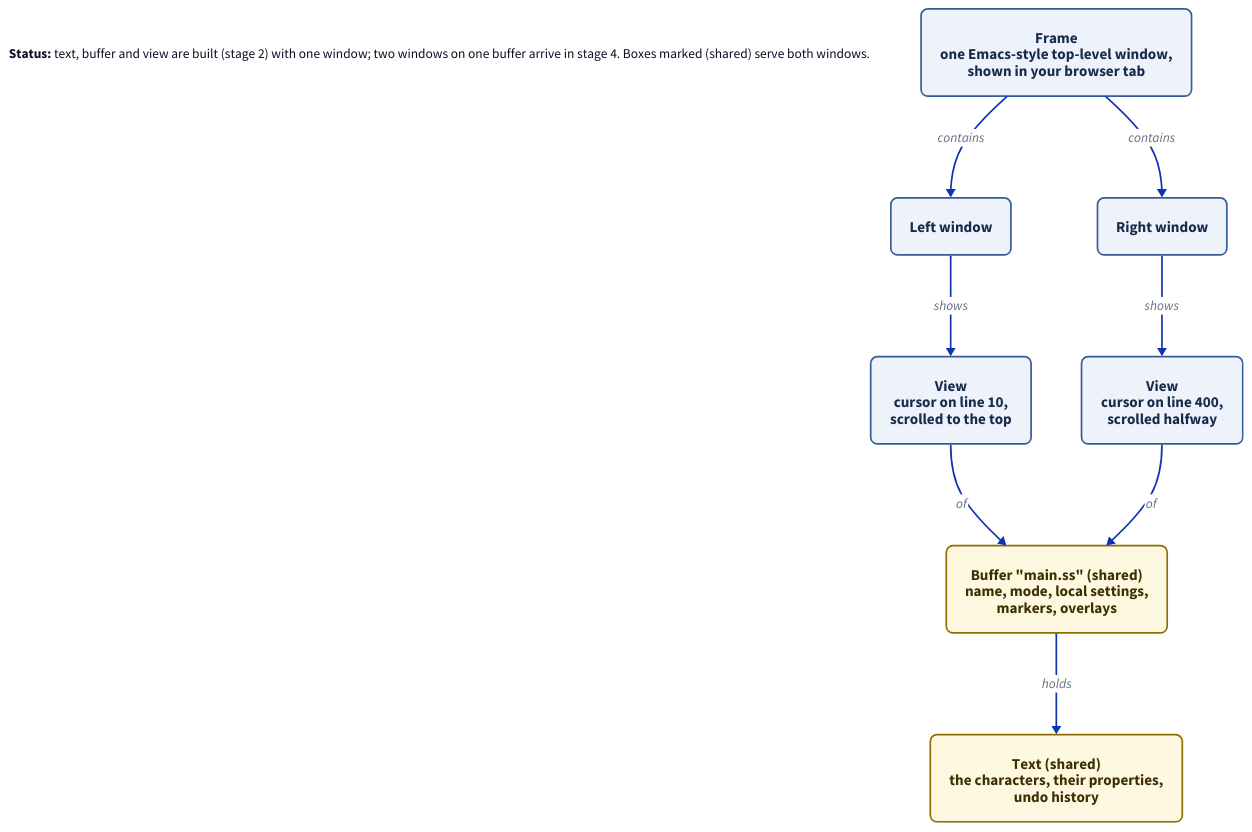
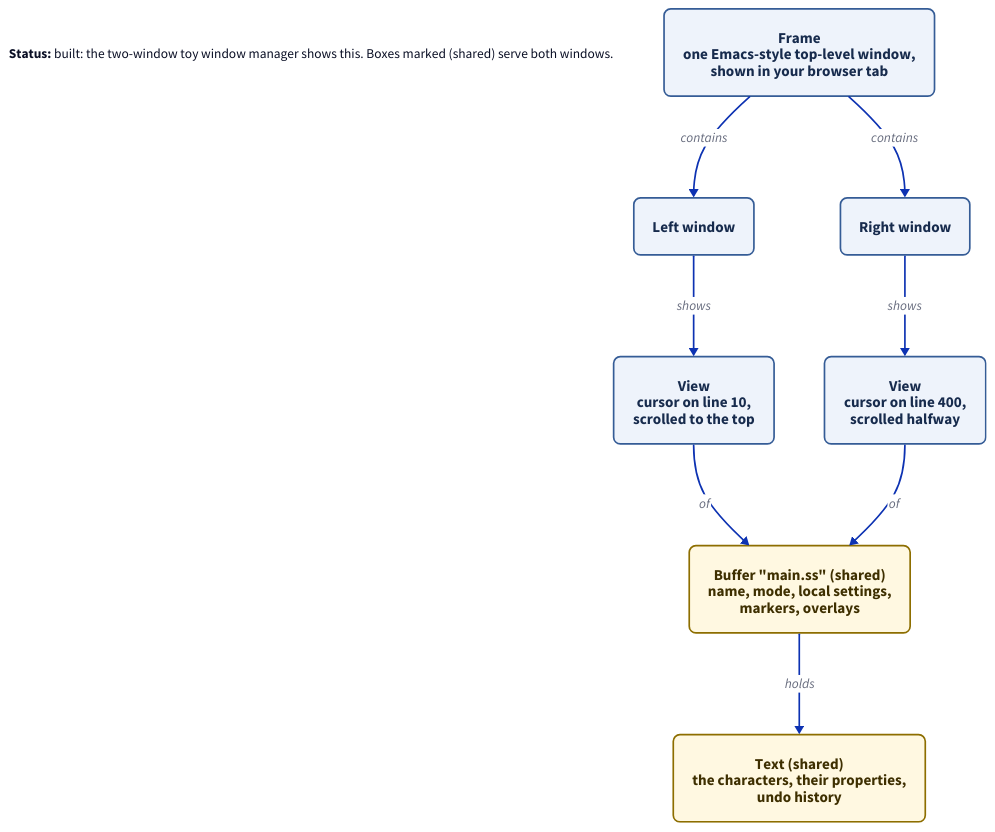
The diagram in docs/diagrams/who-owns-what.d2 (jaybonthius/tuna), drawn with D2 before and after one commit. The commit also changed 10 other files, not shown here.

```diff
--- a/docs/diagrams/who-owns-what.d2
+++ b/docs/diagrams/who-owns-what.d2
@@ -1,54 +1,53 @@
 # Two windows showing the same file: what is shared and what is separate?
 vars: {
   d2-config: {
     layout-engine: dagre
     theme-id: 0
   }
 }
 direction: down
 
 classes: {
   part: {
     style: {
       fill: "#eef3fb"
       stroke: "#355c96"
       font-color: "#172b4d"
       border-radius: 8
       font-size: 18
     }
   }
   shared: {
     style: {
       fill: "#fff8e1"
       stroke: "#8d6e00"
       font-color: "#3e2f00"
       border-radius: 8
       font-size: 18
     }
   }
 }
 
 legend: |md
-  **Status:** text, buffer and view are built (stage 2) with one window;
-  two windows on one buffer arrive in stage 4.
+  **Status:** built: the two-window toy window manager shows this.
   Boxes marked (shared) serve both windows.
 |
 
 frame: Frame\none Emacs-style top-level window,\nshown in your browser tab {class: part}
 
 lwin: Left window {class: part}
 rwin: Right window {class: part}
 
 lview: View\ncursor on line 10,\nscrolled to the top {class: part}
 rview: View\ncursor on line 400,\nscrolled halfway {class: part}
 
 buffer: Buffer "main.ss" (shared)\nname, mode, local settings,\nmarkers, overlays {class: shared}
 text: Text (shared)\nthe characters, their properties,\nundo history {class: shared}
 
 frame -> lwin: contains
 frame -> rwin: contains
 lwin -> lview: shows
 rwin -> rview: shows
 lview -> buffer: of
 rview -> buffer: of
 buffer -> text: holds
```
